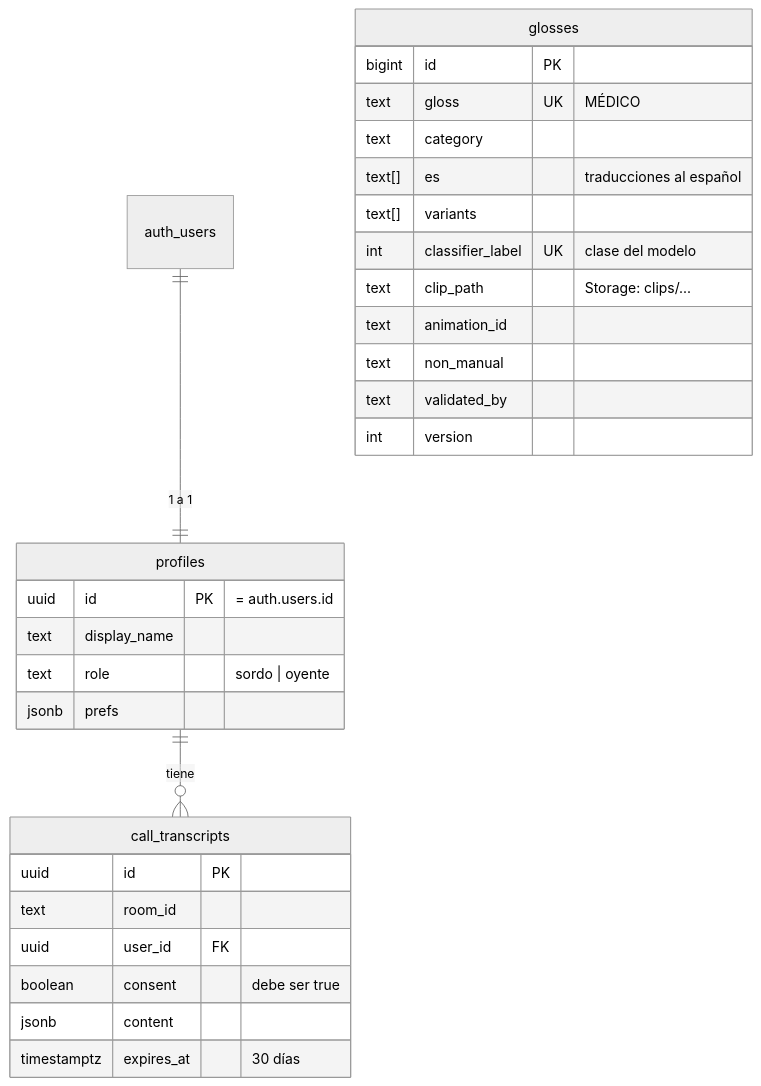
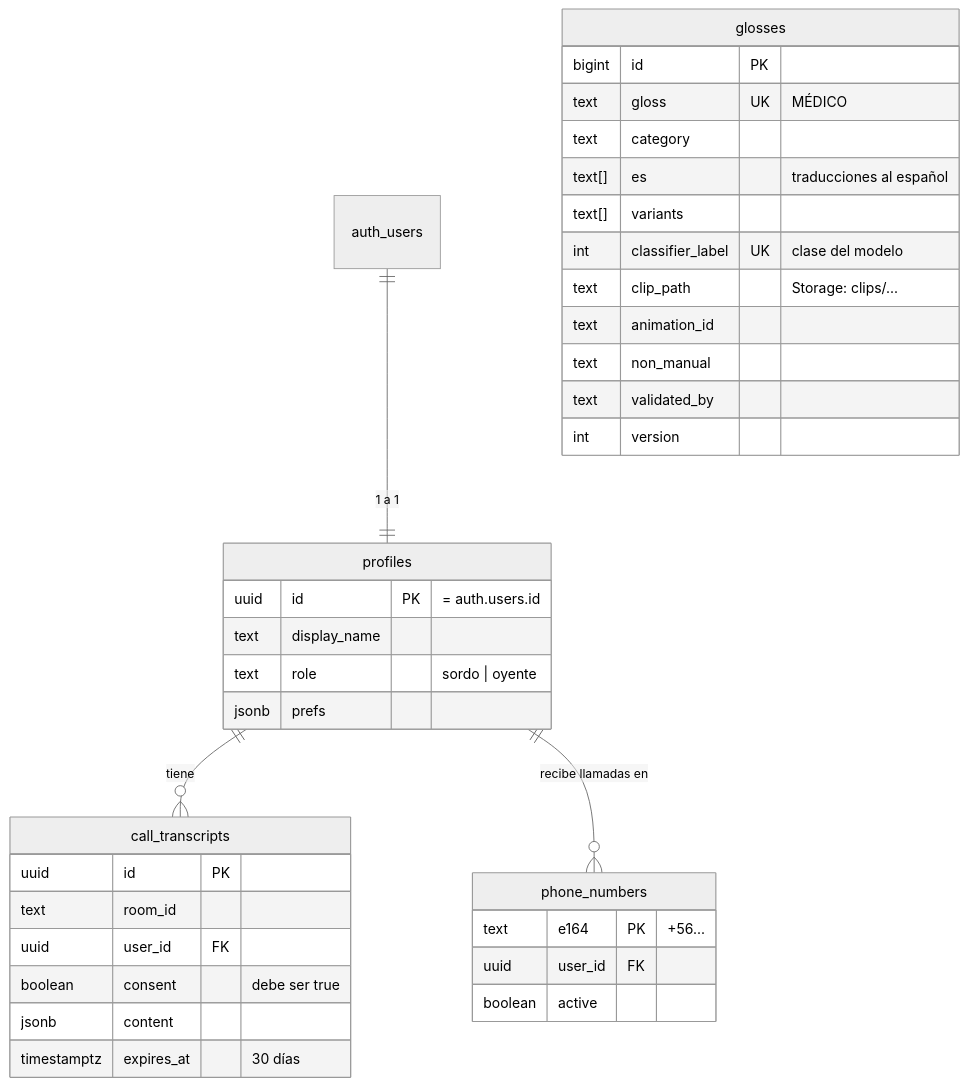
One commit to platanus-hack/platanus-hack-26-cl-team-12 changed the fourth of 5 diagrams in docs/ARQUITECTURA.md. Above: the diagram before and after it, drawn with Mermaid (neutral theme). The commit also changed other lines of this file and 2 other files, not shown here.

````diff
--- a/docs/ARQUITECTURA.md
+++ b/docs/ARQUITECTURA.md
@@ -197,32 +248,38 @@
 ```mermaid
 erDiagram
     auth_users ||--|| profiles : "1 a 1"
     profiles ||--o{ call_transcripts : "tiene"
+    profiles ||--o{ phone_numbers : "recibe llamadas en"
     glosses {
         bigint id PK
         text gloss UK "MÉDICO"
         text category
         text[] es "traducciones al español"
         text[] variants
         int classifier_label UK "clase del modelo"
         text clip_path "Storage: clips/..."
         text animation_id
         text non_manual
         text validated_by
         int version
     }
     profiles {
         uuid id PK "= auth.users.id"
         text display_name
         text role "sordo | oyente"
         jsonb prefs
     }
+    phone_numbers {
+        text e164 PK "+56..."
+        uuid user_id FK
+        boolean active
+    }
     call_transcripts {
         uuid id PK
         text room_id
         uuid user_id FK
         boolean consent "debe ser true"
         jsonb content
         timestamptz expires_at "30 días"
     }
 ```
````
